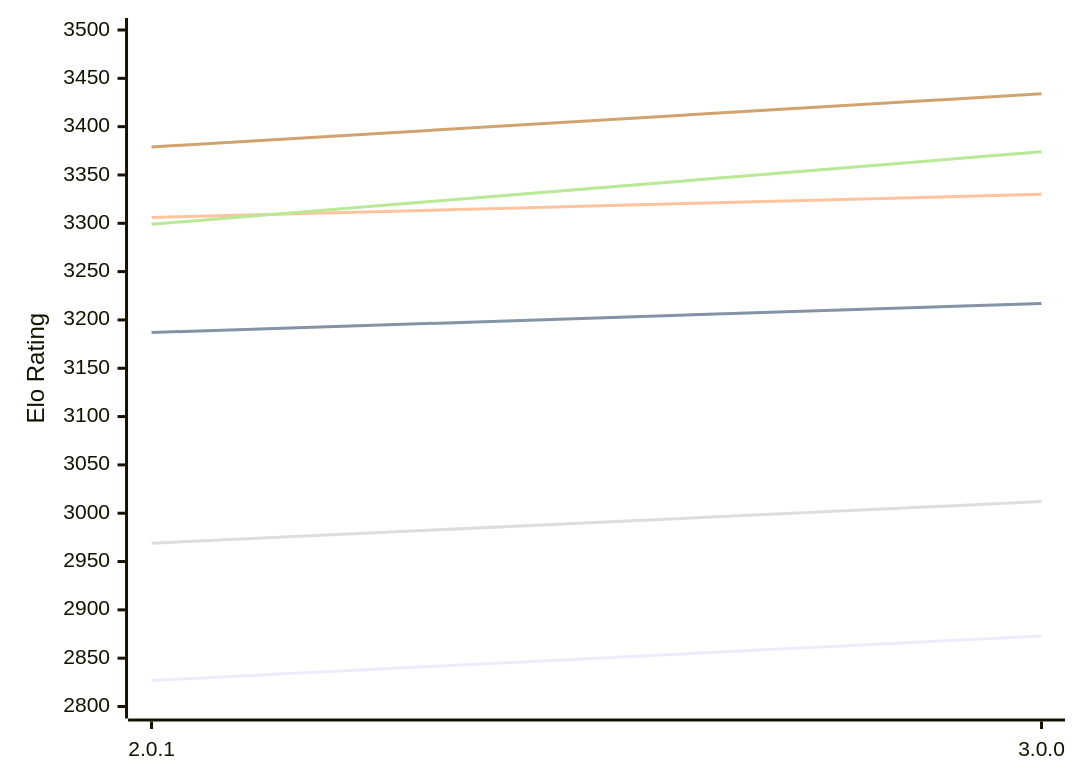
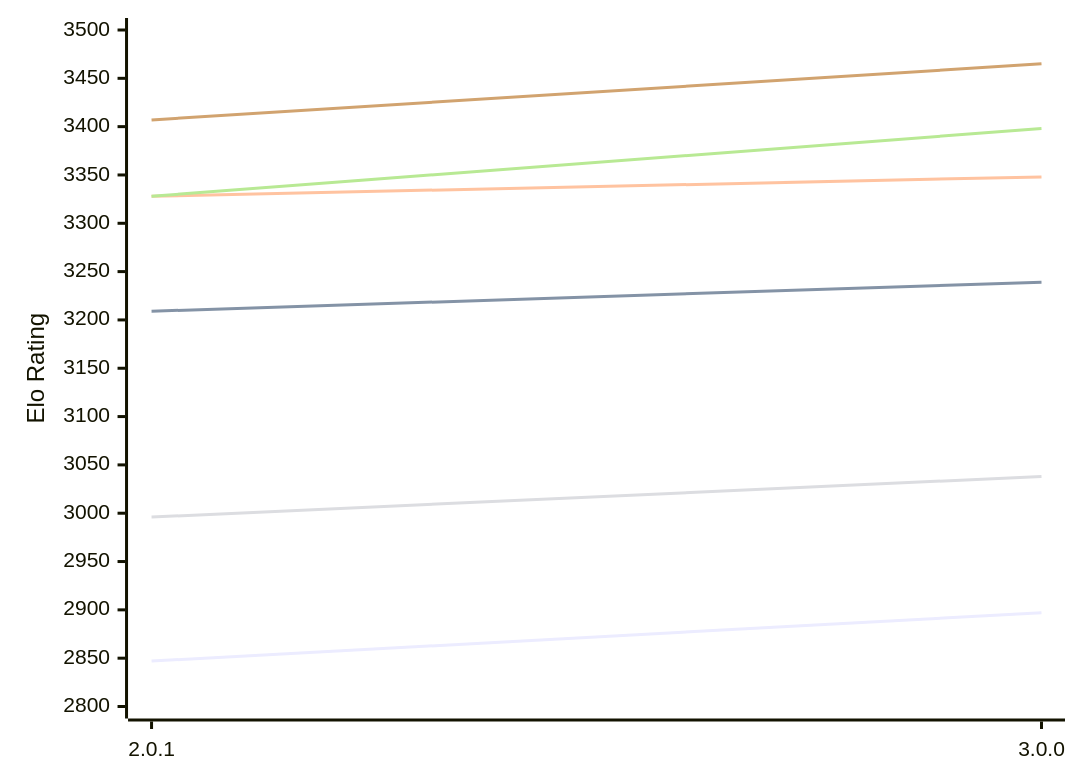
One commit to computer-chess-index/cci changed the first of 2 diagrams in engines/Grail.md. Above: the diagram before and after it, drawn with Mermaid. The commit also changed other lines of this file, not shown here.

Commit message:
Update CCI Ratings (ELO VLTC) - 2026-10-20

````diff
--- a/engines/Grail.md
+++ b/engines/Grail.md
@@ -56,12 +56,12 @@
 ```mermaid
 %%{init: {"theme":"base","themeVariables":{"seriesColors:['#a3a3a3','#222221','#faa371']}}}%%
 xychart-beta
   x-axis ["2.0.1", "3.0.0"]
   y-axis "Elo Rating" 2800 --> 3500
-  line "E1: STC (8.0+0.08s)" [2827, 2873]
-  line "E1: LTC (60.0+0.60s)" [3187, 3217]
-  line "E1: VLTC (2m24s+1.12s)" [3306, 3330]
-  line "P1: STC (8.0+0.08s)" [2969, 3012]
-  line "P1: LTC (60.0+0.60s)" [3299, 3374]
-  line "P1: VLTC (2m24s+1.12s)" [3379, 3434]
+  line "E1: STC (8.0+0.08s)" [2847, 2897]
+  line "E1: LTC (60.0+0.60s)" [3209, 3239]
+  line "E1: VLTC (2m24s+1.12s)" [3328, 3348]
+  line "P1: STC (8.0+0.08s)" [2996, 3038]
+  line "P1: LTC (60.0+0.60s)" [3328, 3398]
+  line "P1: VLTC (2m24s+1.12s)" [3407, 3465]
 ```
````
